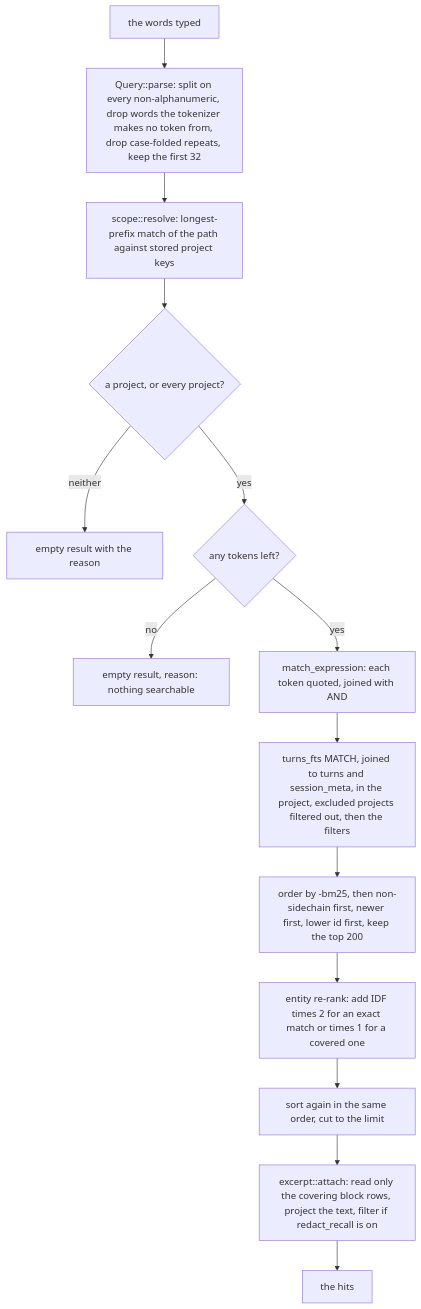
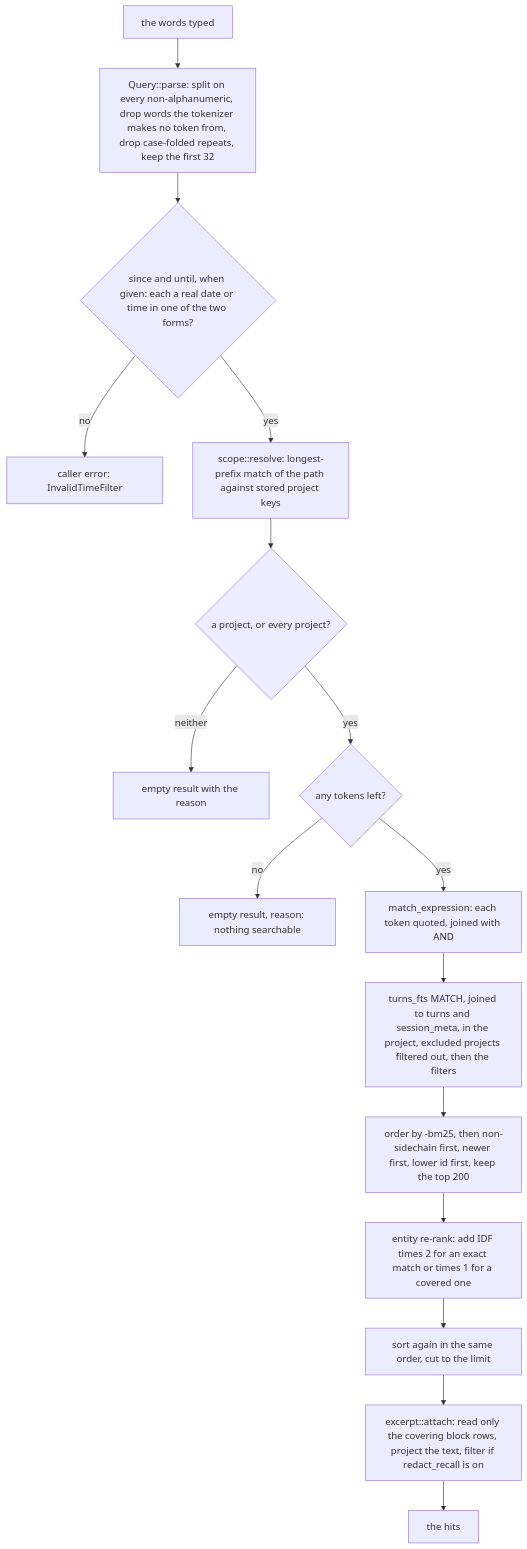
One commit to jcrenshaw-dev/terminus changed the first of 2 diagrams in docs/design/0005-search.md. Above: the diagram before and after it, drawn with Mermaid. The commit also changed other lines of this file and 2 other files, not shown here.

Commit message:
docs(4-2): say a time bound must be a real date or time and is checked before the scope

````diff
--- a/docs/design/0005-search.md
+++ b/docs/design/0005-search.md
@@ -123,16 +123,18 @@
 ```mermaid
 flowchart TD
   W["the words typed"] --> P["Query::parse: split on every non-alphanumeric, drop words the tokenizer makes no token from, drop case-folded repeats, keep the first 32"]
-  P --> S["scope::resolve: longest-prefix match of the path against stored project keys"]
+  P --> D{"since and until, when given: each a real date or time in one of the two forms?"}
+  D -->|"no"| B["caller error: InvalidTimeFilter"]
+  D -->|"yes"| S["scope::resolve: longest-prefix match of the path against stored project keys"]
   S --> R{"a project, or every project?"}
   R -->|"neither"| M["empty result with the reason"]
   R -->|"yes"| E{"any tokens left?"}
   E -->|"no"| N["empty result, reason: nothing searchable"]
   E -->|"yes"| X["match_expression: each token quoted, joined with AND"]
   X --> Q["turns_fts MATCH, joined to turns and session_meta, in the project, excluded projects filtered out, then the filters"]
   Q --> O["order by -bm25, then non-sidechain first, newer first, lower id first, keep the top 200"]
   O --> I["entity re-rank: add IDF times 2 for an exact match or times 1 for a covered one"]
   I --> L["sort again in the same order, cut to the limit"]
   L --> C["excerpt::attach: read only the covering block rows, project the text, filter if redact_recall is on"]
   C --> H["the hits"]
 ```
````
